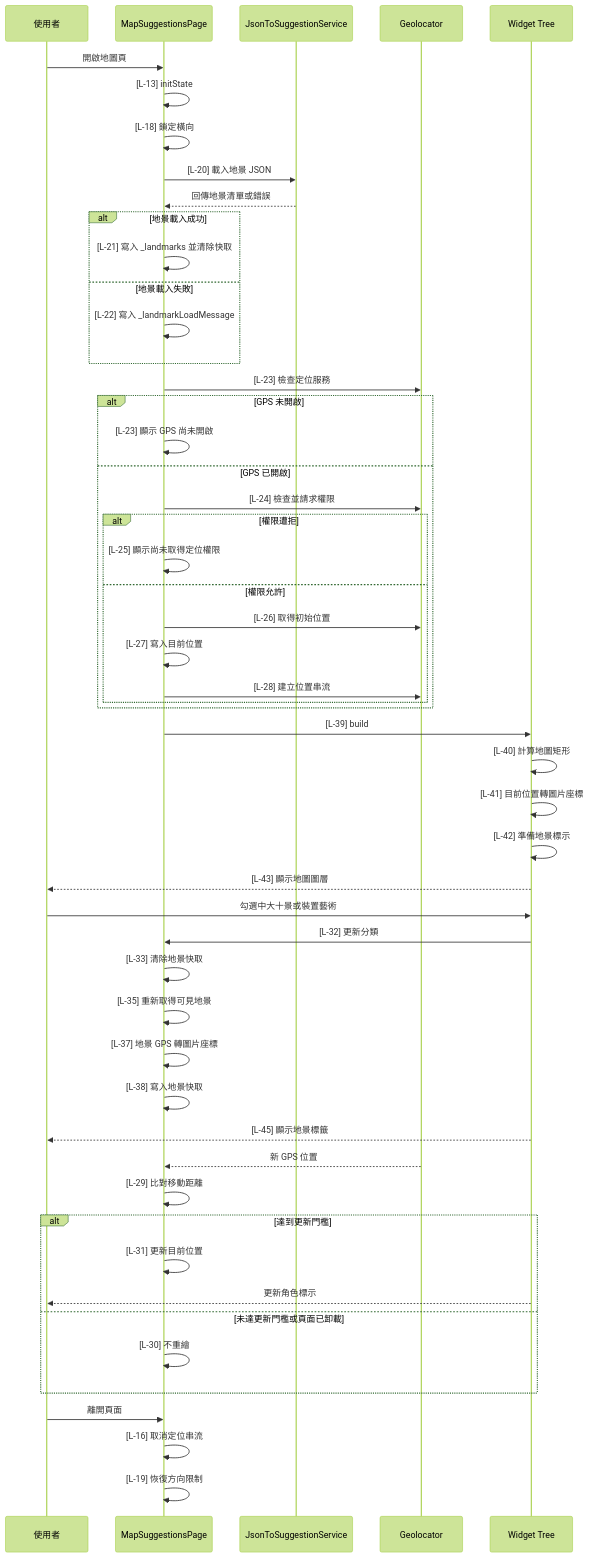
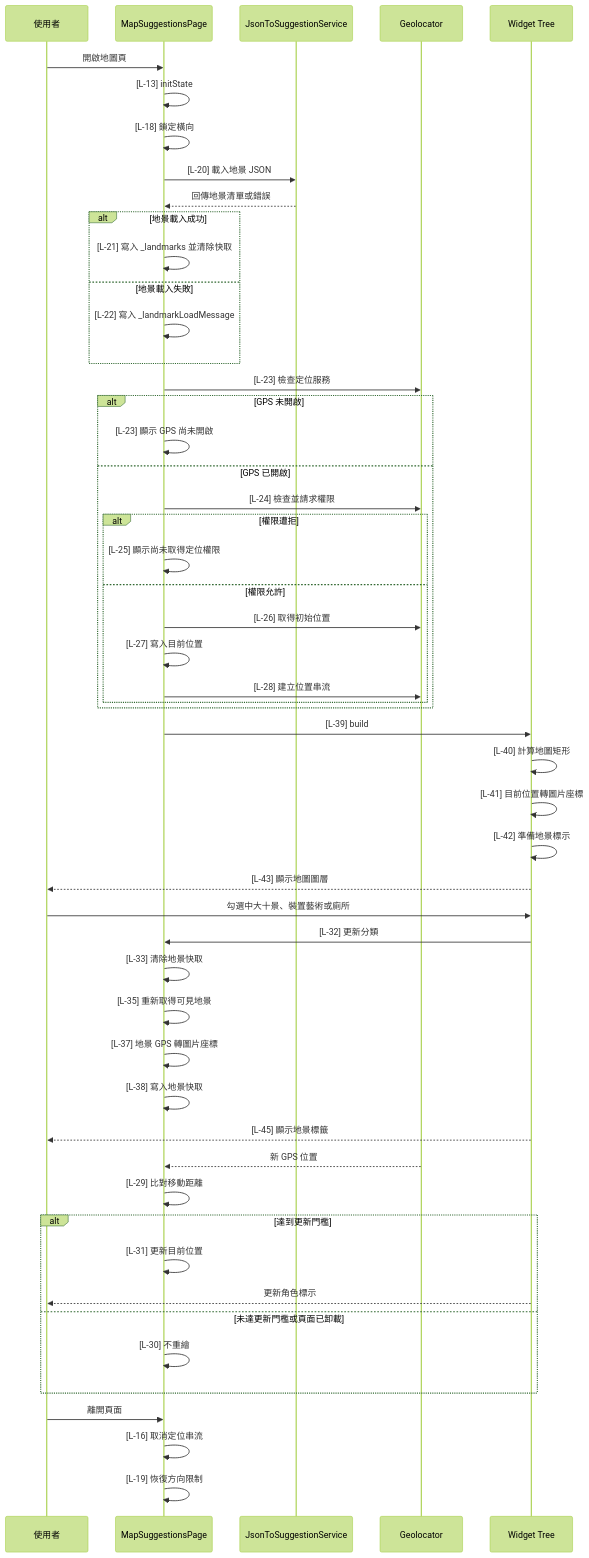
Before and after one commit to Henry-120/Campus-tour: the diagram in campus_tour/test/testMd/map_suggestions.md, drawn with Mermaid (forest theme). The commit also changed other lines of this file and 3 other files, not shown here.

````diff
--- a/campus_tour/test/testMd/map_suggestions.md
+++ b/campus_tour/test/testMd/map_suggestions.md
@@ -136,54 +137,54 @@
 ```mermaid
 sequenceDiagram
   participant User as 使用者
   participant Page as MapSuggestionsPage
   participant Service as JsonToSuggestionService
   participant GPS as Geolocator
   participant UI as Widget Tree
   User->>Page: 開啟地圖頁
   Page->>Page: [L-13] initState
   Page->>Page: [L-18] 鎖定橫向
   Page->>Service: [L-20] 載入地景 JSON
   Service-->>Page: 回傳地景清單或錯誤
   alt 地景載入成功
     Page->>Page: [L-21] 寫入 _landmarks 並清除快取
   else 地景載入失敗
     Page->>Page: [L-22] 寫入 _landmarkLoadMessage
   end
   Page->>GPS: [L-23] 檢查定位服務
   alt GPS 未開啟
     Page->>Page: [L-23] 顯示 GPS 尚未開啟
   else GPS 已開啟
     Page->>GPS: [L-24] 檢查並請求權限
     alt 權限遭拒
       Page->>Page: [L-25] 顯示尚未取得定位權限
     else 權限允許
       Page->>GPS: [L-26] 取得初始位置
       Page->>Page: [L-27] 寫入目前位置
       Page->>GPS: [L-28] 建立位置串流
     end
   end
   Page->>UI: [L-39] build
   UI->>UI: [L-40] 計算地圖矩形
   UI->>UI: [L-41] 目前位置轉圖片座標
   UI->>UI: [L-42] 準備地景標示
   UI-->>User: [L-43] 顯示地圖圖層
-  User->>UI: 勾選中大十景或裝置藝術
+  User->>UI: 勾選中大十景、裝置藝術或廁所
   UI->>Page: [L-32] 更新分類
   Page->>Page: [L-33] 清除地景快取
   Page->>Page: [L-35] 重新取得可見地景
   Page->>Page: [L-37] 地景 GPS 轉圖片座標
   Page->>Page: [L-38] 寫入地景快取
   UI-->>User: [L-45] 顯示地景標籤
   GPS-->>Page: 新 GPS 位置
   Page->>Page: [L-29] 比對移動距離
   alt 達到更新門檻
     Page->>Page: [L-31] 更新目前位置
     UI-->>User: 更新角色標示
   else 未達更新門檻或頁面已卸載
     Page->>Page: [L-30] 不重繪
   end
   User->>Page: 離開頁面
   Page->>Page: [L-16] 取消定位串流
   Page->>Page: [L-19] 恢復方向限制
 ```
````
